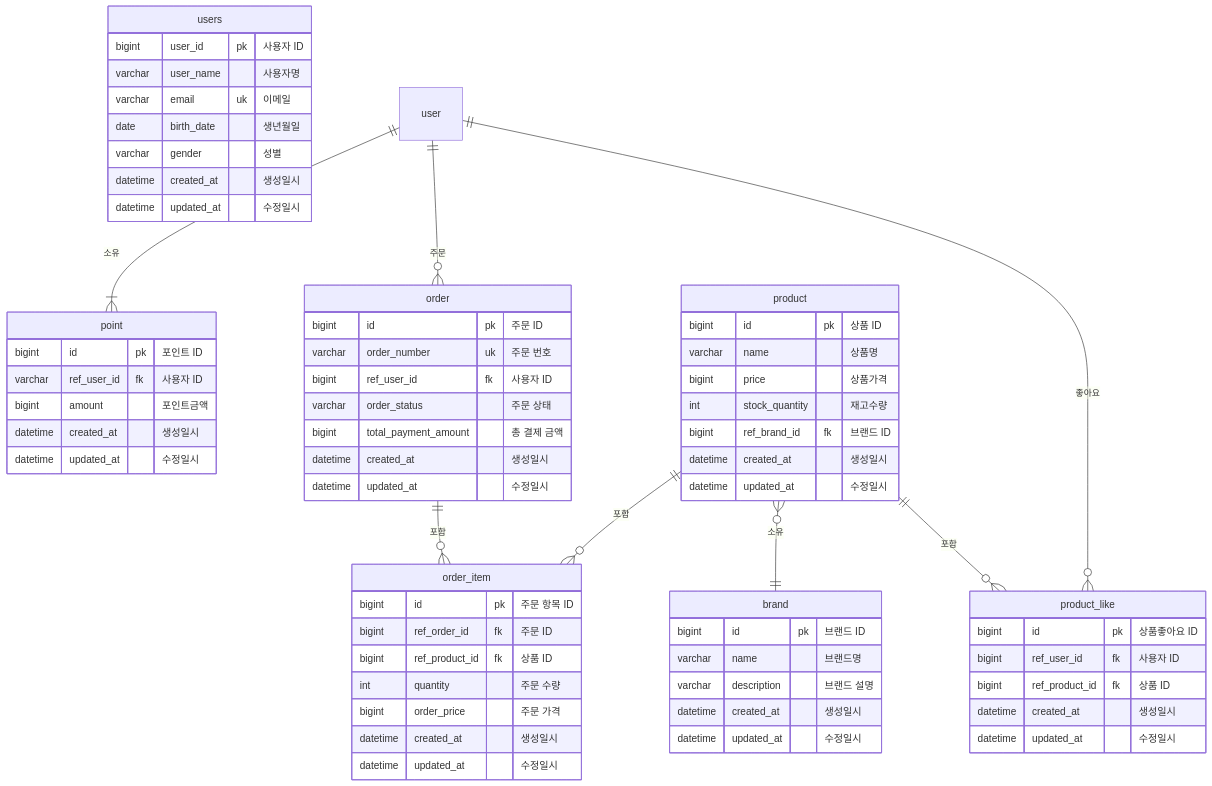
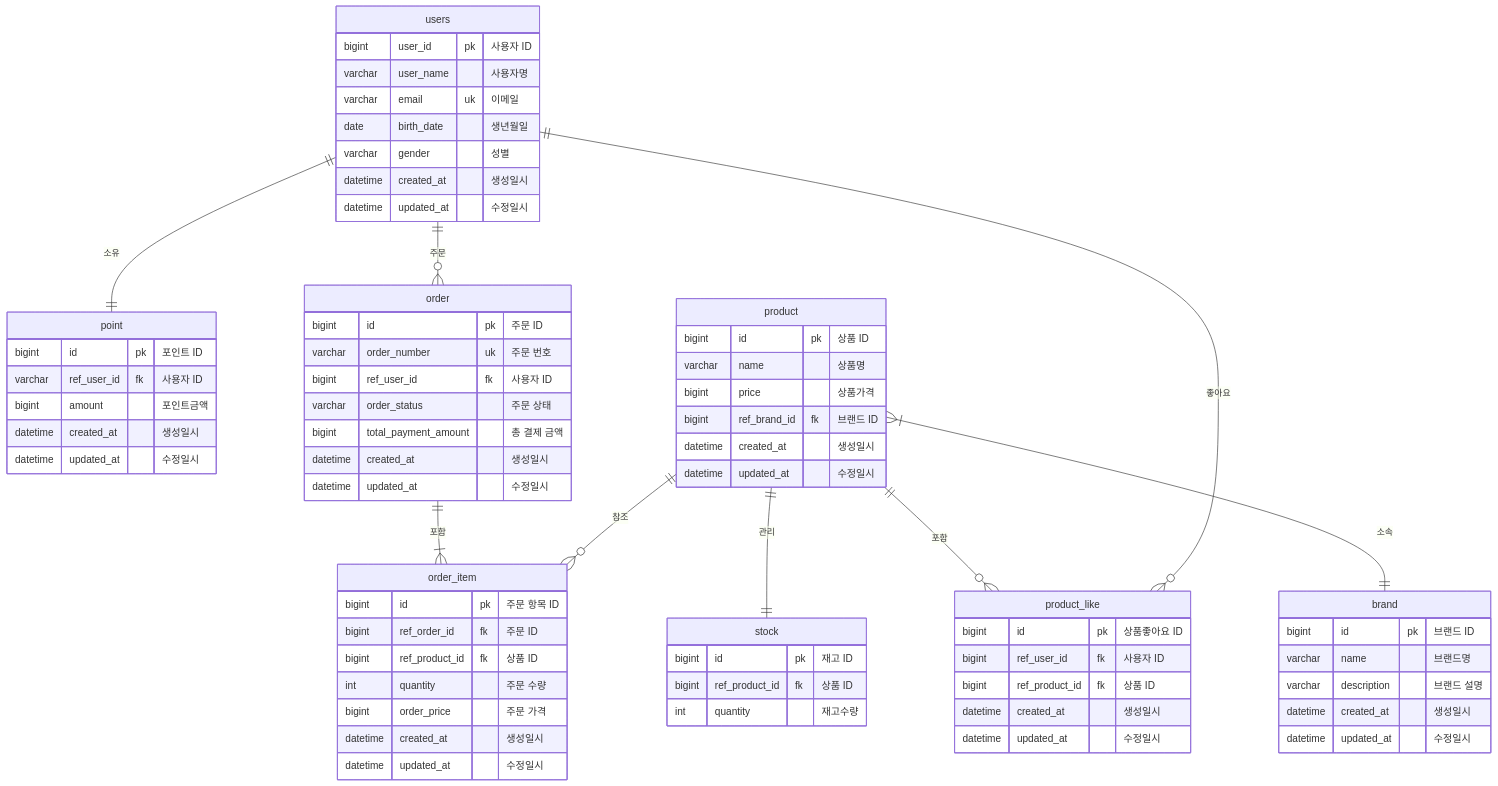
Before and after one commit to connieya/gamsung-commerce: the diagram in docs/design/04-erd.md, drawn with Mermaid.

Commit message:
docs : ERD 수정

````diff
--- a/docs/design/04-erd.md
+++ b/docs/design/04-erd.md
@@ -28,10 +28,15 @@
     bigint id pk "상품 ID"
     varchar name "상품명"
     bigint price "상품가격"
-    int stock_quantity "재고수량"
     bigint ref_brand_id fk "브랜드 ID"
     datetime created_at "생성일시"
     datetime updated_at "수정일시"
+    }
+    
+    stock {
+    bigint id pk "재고 ID"
+    bigint ref_product_id fk "상품 ID"
+    int quantity "재고수량"
     }
     
     brand {
@@ -71,13 +76,14 @@
 
 }
 
-user ||--o{ order: "주문"
-user ||--o{ product_like: "좋아요"
-user ||--|{ point: "소유"
+users ||--o{ order: "주문"
+users ||--o{ product_like: "좋아요"
+users ||--|| point: "소유"
 
-product ||--o{ order_item: "포함"
+product ||--o{ order_item: "참조"
 product ||--o{ product_like : "포함"
-product }o--|| brand: "소유"
+product ||--|| stock : "관리"
+product }|--|| brand: "소속"
 
-order ||--o{ order_item: "포함"
+order ||--|{ order_item: "포함"
 ```
````
